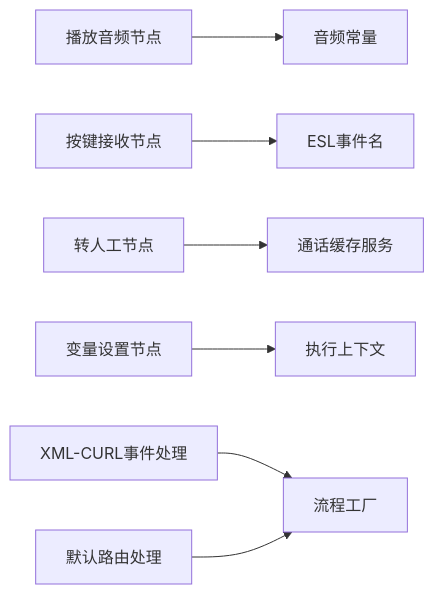
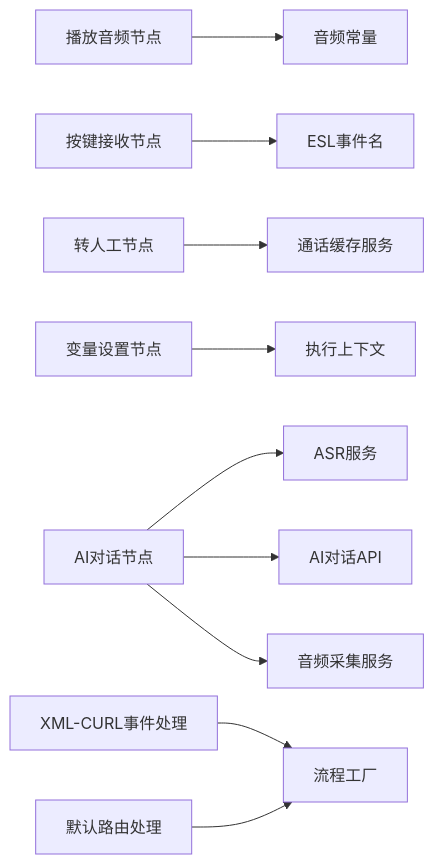
Before and after one commit to D2Moqi/open-ipcc: diagram 11 of 11 in .qoder/repowiki/zh/content/IVR流程系统/节点处理器/节点处理器.md, drawn with Mermaid. The commit also changed other lines of this file and 577 other files, not shown here.

````diff
--- a/.qoder/repowiki/zh/content/IVR流程系统/节点处理器/节点处理器.md
+++ b/.qoder/repowiki/zh/content/IVR流程系统/节点处理器/节点处理器.md
@@ -422,9 +484,12 @@
 ```mermaid
 graph LR
 Play["播放音频节点"] --> AudioConst["音频常量"]
 Dtmf["按键接收节点"] --> Events["ESL事件名"]
 Agent["转人工节点"] --> Cache["通话缓存服务"]
 Var["变量设置节点"] --> Ctx["执行上下文"]
+AI["AI对话节点"] --> Asr["ASR服务"]
+AI --> AiApi["AI对话API"]
+AI --> AudioFork["音频采集服务"]
 Xml["XML-CURL事件处理"] --> Factory["流程工厂"]
 Route["默认路由处理"] --> Factory
 ```
````
